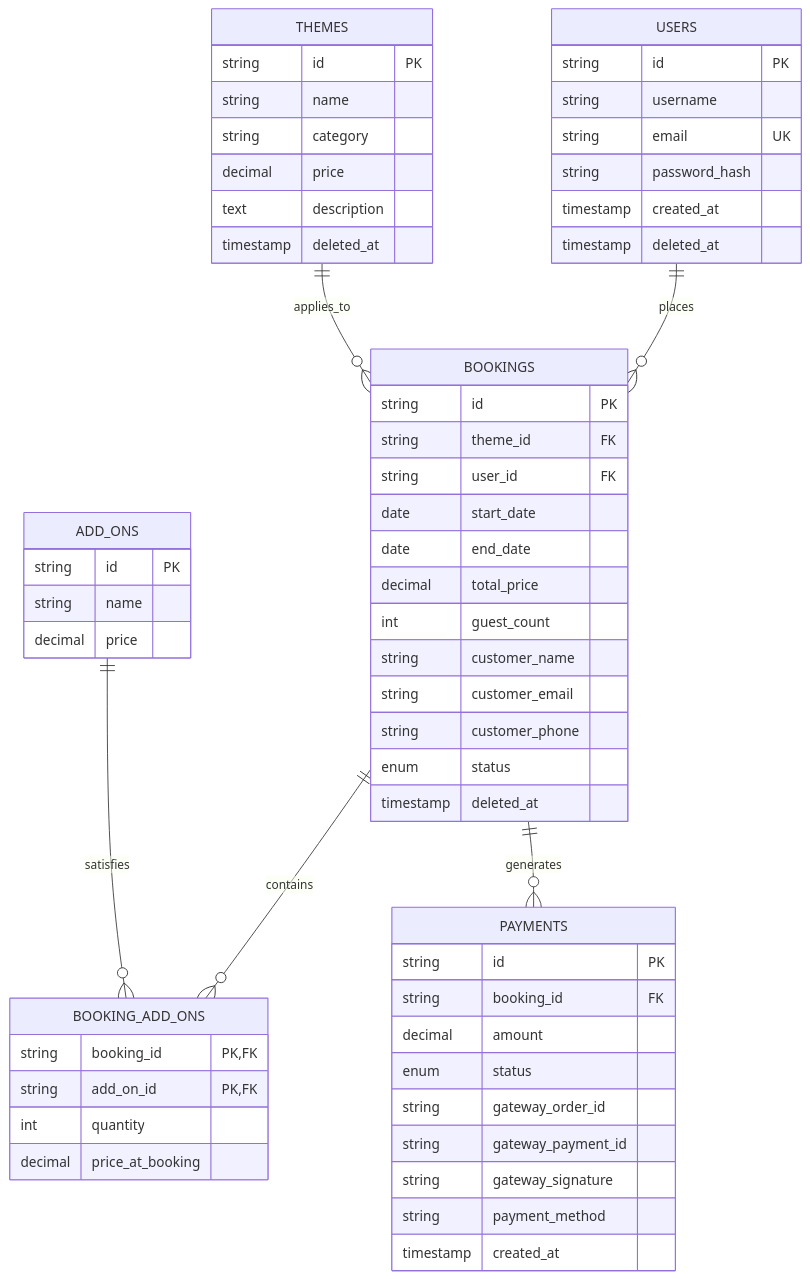
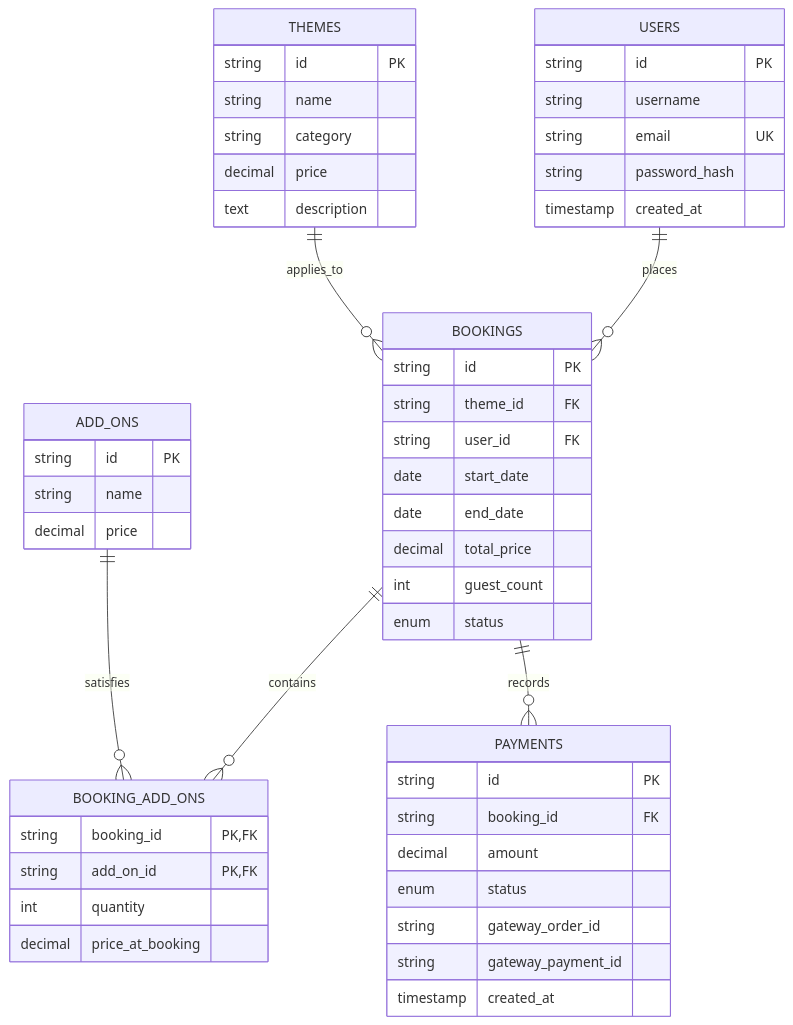
The second of 2 diagrams in README.md (dipambarman/EventPulse-Enterprise), drawn with Mermaid before and after one commit. The commit also changed other lines of this file, not shown here.

````diff
--- a/README.md
+++ b/README.md
@@ -103,66 +104,58 @@
 ```mermaid
 erDiagram
     USERS ||--o{ BOOKINGS : places
     THEMES ||--o{ BOOKINGS : applies_to
     BOOKINGS ||--o{ BOOKING_ADD_ONS : contains
     ADD_ONS ||--o{ BOOKING_ADD_ONS : satisfies
-    BOOKINGS ||--o{ PAYMENTS : generates
+    BOOKINGS ||--o{ PAYMENTS : records
 
     USERS {
         string id PK
         string username
         string email UK
         string password_hash
         timestamp created_at
-        timestamp deleted_at
     }
 
     THEMES {
         string id PK
         string name
         string category
         decimal price
         text description
-        timestamp deleted_at
     }
 
     BOOKINGS {
         string id PK
         string theme_id FK
         string user_id FK
         date start_date
         date end_date
         decimal total_price
         int guest_count
-        string customer_name
-        string customer_email
-        string customer_phone
         enum status
-        timestamp deleted_at
     }
 
     ADD_ONS {
         string id PK
         string name
         decimal price
     }
 
     BOOKING_ADD_ONS {
         string booking_id PK, FK
         string add_on_id PK, FK
         int quantity
         decimal price_at_booking
     }
 
     PAYMENTS {
         string id PK
         string booking_id FK
         decimal amount
         enum status
         string gateway_order_id
         string gateway_payment_id
-        string gateway_signature
-        string payment_method
         timestamp created_at
     }
 ```
````
